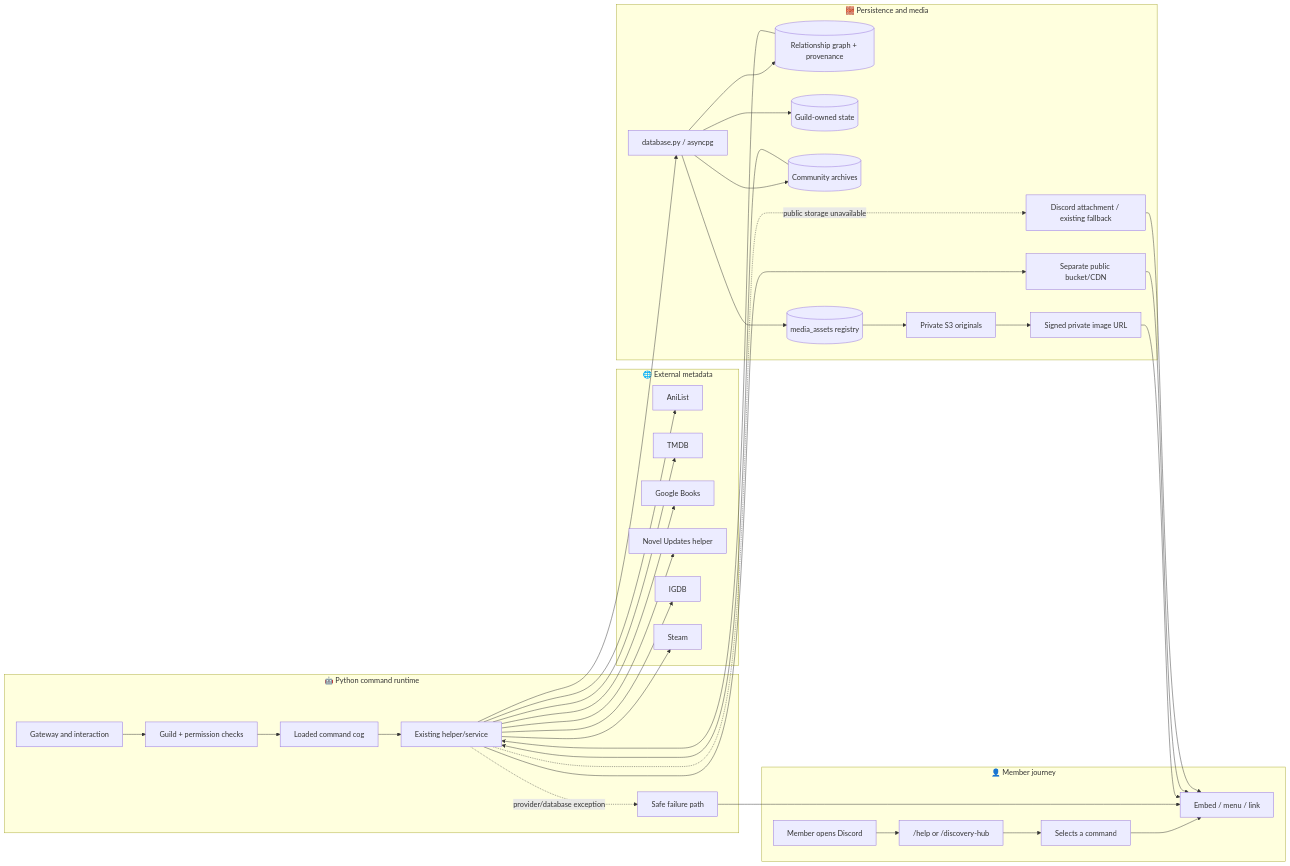
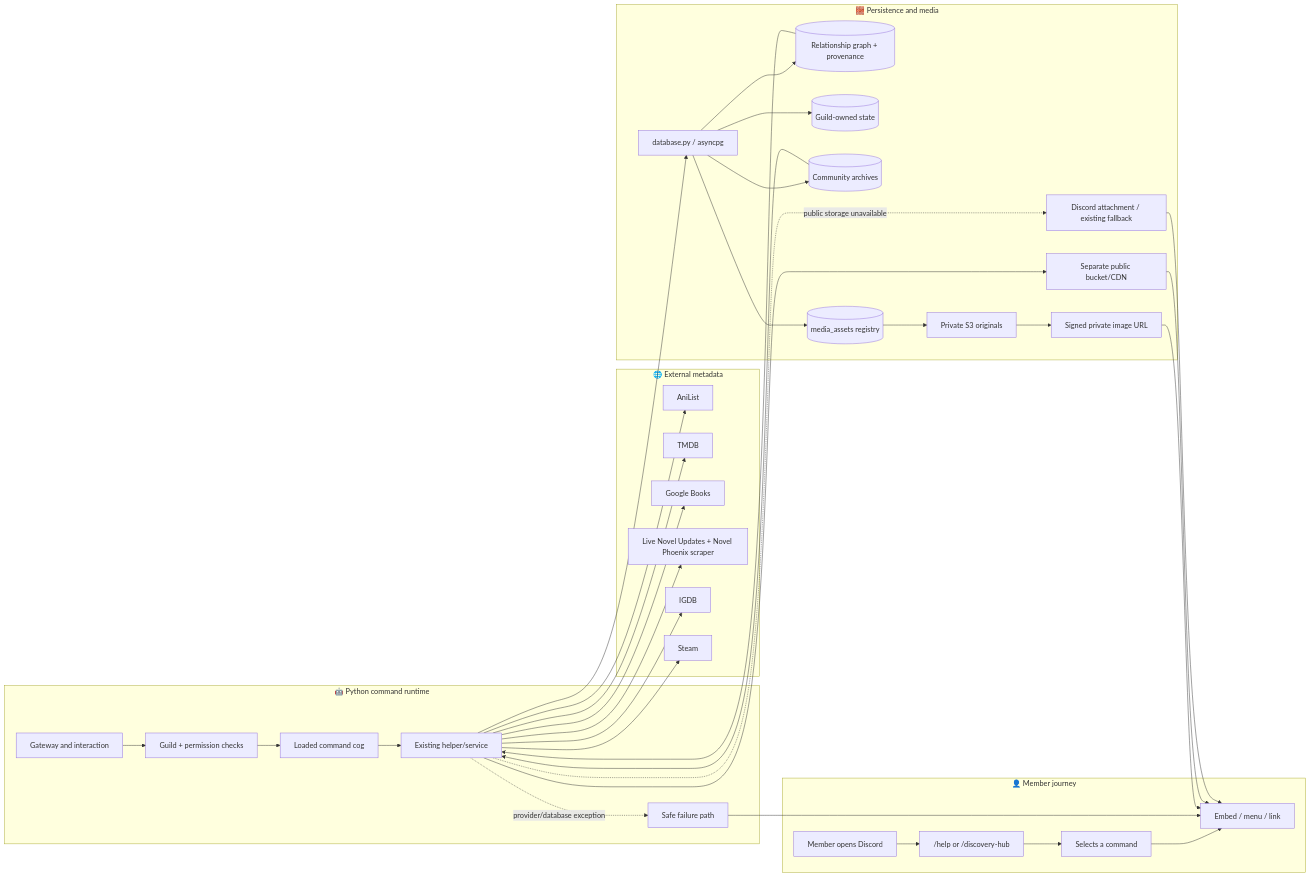
One commit to Kyerstorm/Lemegeton changed the seventh of 9 diagrams in README.md. Above: the diagram before and after it, drawn with Mermaid. The commit also changed other lines of this file, not shown here.

Commit message:
Document live Novel Updates and Novel Phoenix discovery

````diff
--- a/README.md
+++ b/README.md
@@ -700,55 +700,55 @@
 ```mermaid
 flowchart LR
     subgraph USER["👤 Member journey"]
         U["Member opens Discord"]
         H["/help or /discovery-hub"]
         CMD["Selects a command"]
         RESPONSE["Embed / menu / link"]
         U --> H --> CMD --> RESPONSE
     end
     subgraph PYTHON["🤖 Python command runtime"]
         GATE["Gateway and interaction"]
         GUARD["Guild + permission checks"]
         COG["Loaded command cog"]
         SERVICE["Existing helper/service"]
         FAIL["Safe failure path"]
         GATE --> GUARD --> COG --> SERVICE
         SERVICE -. "provider/database exception" .-> FAIL
         FAIL --> RESPONSE
     end
     subgraph SOURCES["🌐 External metadata"]
         ANI["AniList"]
         TMDB["TMDB"]
         GOOGLE["Google Books"]
-        NOVEL["Novel Updates helper"]
+        NOVEL["Live Novel Updates + Novel Phoenix scraper"]
         IGDB["IGDB"]
         STEAM["Steam"]
     end
     subgraph STORAGE["🧱 Persistence and media"]
         DB["database.py / asyncpg"]
         GRAPH[("Relationship graph + provenance")]
         GUILD[("Guild-owned state")]
         ARCHIVE[("Community archives")]
         ASSET[("media_assets registry")]
         PRIVATE["Private S3 originals"]
         SIGNED["Signed private image URL"]
         PUBLIC["Separate public bucket/CDN"]
         FALLBACK["Discord attachment / existing fallback"]
     end
     SERVICE --> ANI
     SERVICE --> TMDB
     SERVICE --> GOOGLE
     SERVICE --> NOVEL
     SERVICE --> IGDB
     SERVICE --> STEAM
     SERVICE --> DB
     DB --> GRAPH
     DB --> GUILD
     DB --> ARCHIVE
     DB --> ASSET
     ASSET --> PRIVATE --> SIGNED --> RESPONSE
     SERVICE --> PUBLIC --> RESPONSE
     SERVICE -. "public storage unavailable" .-> FALLBACK --> RESPONSE
     GRAPH --> SERVICE
     ARCHIVE --> SERVICE
 ```
````
